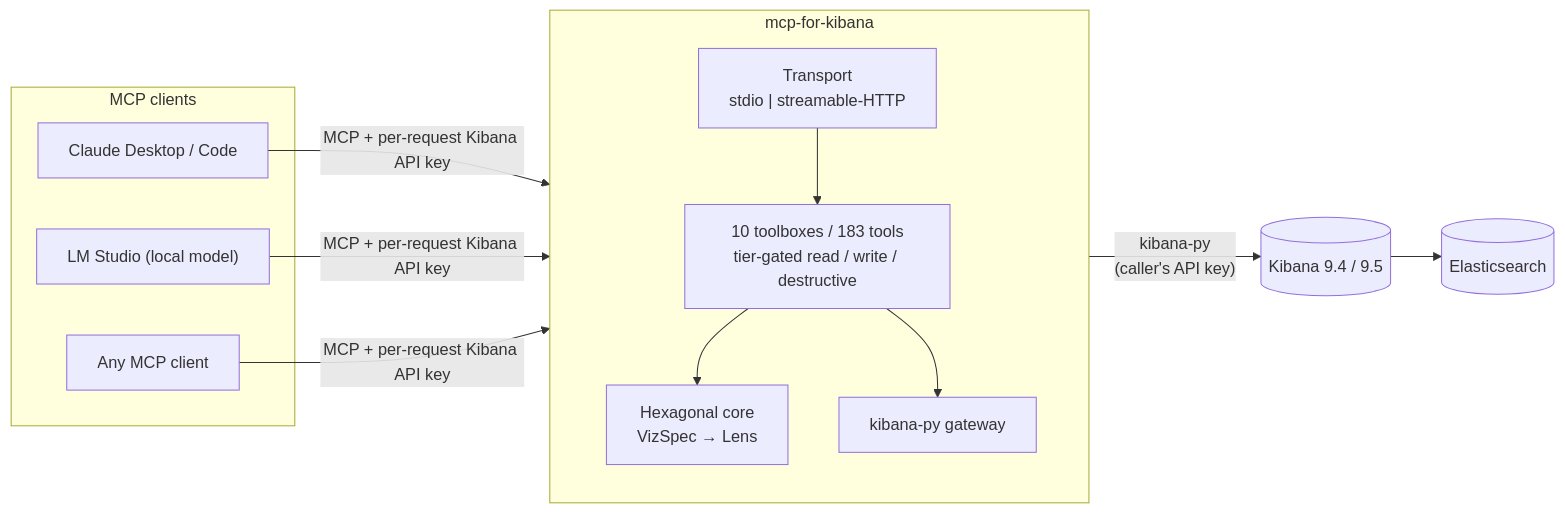
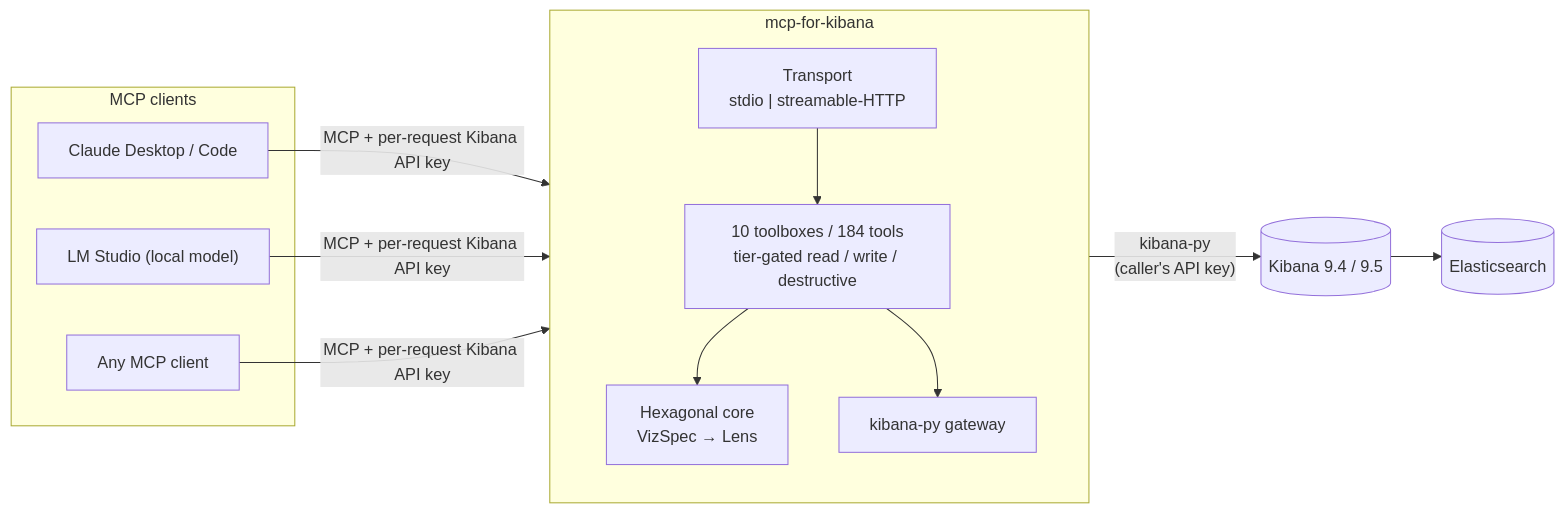
One commit to pedro-angel/mcp-for-kibana changed the first of 4 diagrams in docs/architecture.md. Above: the diagram before and after it, drawn with Mermaid. The commit also changed other lines of this file and 30 other files, not shown here.

````diff
--- a/docs/architecture.md
+++ b/docs/architecture.md
@@ -14,23 +14,23 @@
 ```mermaid
 flowchart LR
     subgraph clients["MCP clients"]
         Claude["Claude Desktop / Code"]
         LMS["LM Studio (local model)"]
         Other["Any MCP client"]
     end
     subgraph server["mcp-for-kibana"]
         direction TB
         Transport["Transport<br/>stdio | streamable-HTTP"]
-        Toolboxes["10 toolboxes / 183 tools<br/>tier-gated read / write / destructive"]
+        Toolboxes["10 toolboxes / 184 tools<br/>tier-gated read / write / destructive"]
         Core["Hexagonal core<br/>VizSpec → Lens"]
         Gateway["kibana-py gateway"]
         Transport --> Toolboxes --> Core
         Toolboxes --> Gateway
     end
     ES[("Elasticsearch")]
     Kibana[("Kibana 9.4 / 9.5")]
 
     Claude & LMS & Other -->|"MCP + per-request Kibana API key"| Transport
     Gateway -->|"kibana-py<br/>(caller's API key)"| Kibana
     Kibana --> ES
 ```
````
